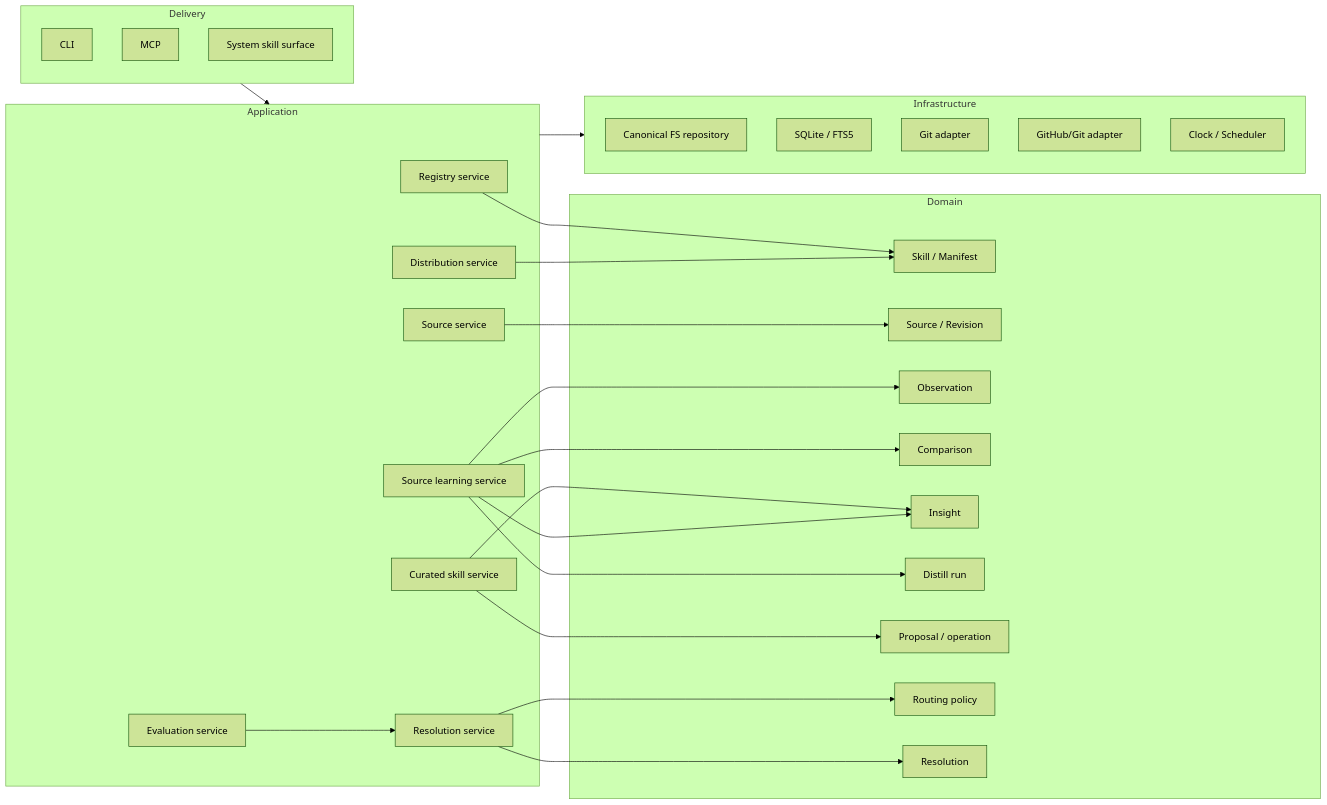
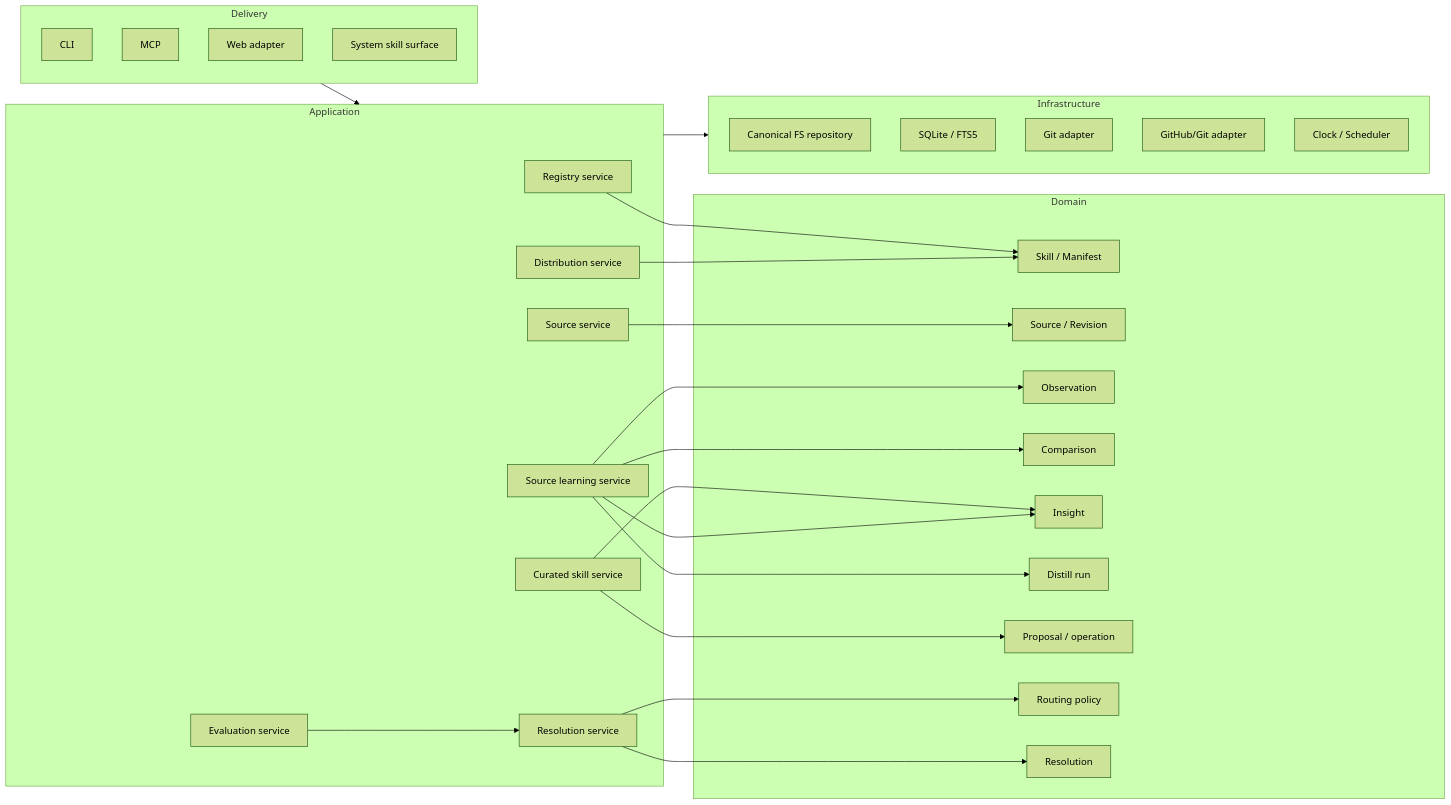
Before and after one commit to vantt/mcp-skill-hub: the fourth of 10 diagrams in docs/design/01-system-architecture.md, drawn with Mermaid (forest theme). The commit also changed other lines of this file and 8 other files, not shown here.

Commit message:
docs: document Web UI delivery adapter, local serve command, and web api contract

````diff
--- a/docs/design/01-system-architecture.md
+++ b/docs/design/01-system-architecture.md
@@ -129,50 +129,51 @@
 ```mermaid
 flowchart LR
     subgraph Delivery
       CLI
       MCP
+      WEB[Web adapter]
       SYS[System skill surface]
     end
     subgraph Application
       REG[Registry service]
       CUR[Curated skill service]
       SRC[Source service]
       LEARN[Source learning service]
       ROUTE[Resolution service]
       DIST[Distribution service]
       EVAL[Evaluation service]
     end
     subgraph Domain
       SK[Skill / Manifest]
       PROV[Source / Revision]
       OBS[Observation]
       CMP[Comparison]
       INS[Insight]
       RUN[Distill run]
       MUT[Proposal / operation]
       RP[Routing policy]
       RR[Resolution]
     end
     subgraph Infrastructure
       FS[Canonical FS repository]
       SQL[SQLite / FTS5]
       GIT[Git adapter]
       NET[GitHub/Git adapter]
       CLOCK[Clock / Scheduler]
     end
 
     Delivery --> Application
     REG --> SK
     CUR --> INS
     CUR --> MUT
     SRC --> PROV
     LEARN --> OBS
     LEARN --> CMP
     LEARN --> INS
     LEARN --> RUN
     ROUTE --> RP
     ROUTE --> RR
     DIST --> SK
     EVAL --> ROUTE
     Application --> Infrastructure
 ```
````
